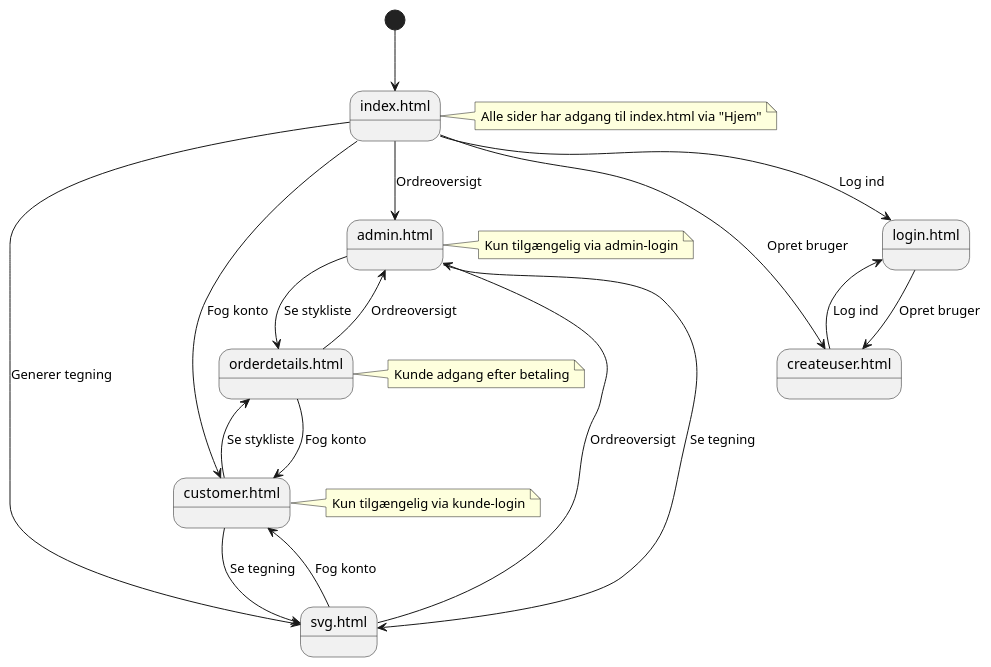
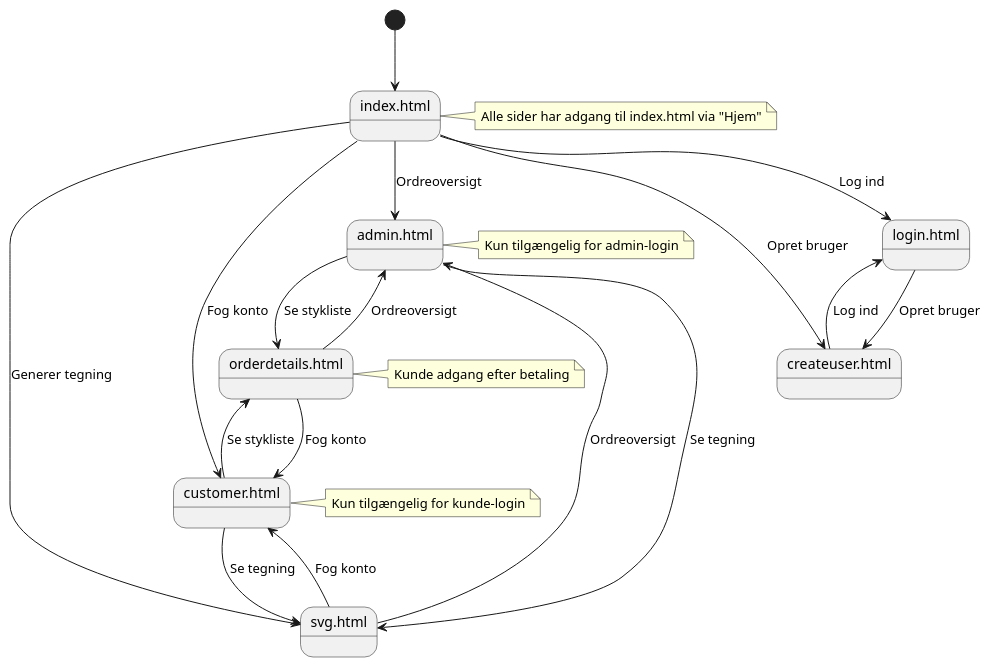
One commit to Mikkel-ao/Carport changed the diagram in docs/navigation_diagram2.puml. Above: the diagram before and after it, drawn with PlantUML.

Commit message:
diagrams ready for commit

```diff
--- a/docs/navigation_diagram2.puml
+++ b/docs/navigation_diagram2.puml
@@ -1,59 +1,59 @@
 @startuml
 
 ' Initial state
 [*] --> Index
 
 ' States
 state "index.html" as Index
 state "login.html" as Login
 state "createuser.html" as Opret
 state "admin.html" as Admin
 state "customer.html" as Customer
 state "svg.html" as SVG
 state "orderdetails.html" as OrderDetails
 
 ' Navigation fra Index
 Index --> Login : Log ind
 Index --> Opret : Opret bruger
 Index --> Admin : Ordreoversigt
 Index --> Customer : Fog konto
 Index --> SVG : Generer tegning
 
 ' Login og opret bruger
 Login --> Opret : Opret bruger
 Opret --> Login : Log ind
 
 ' Admin navigation
 Admin --> SVG : Se tegning
 Admin --> OrderDetails : Se stykliste
 
 ' Customer navigation
 Customer --> SVG : Se tegning
 Customer --> OrderDetails : Se stykliste
 
 ' SVG navigation
 SVG --> Customer : Fog konto
 SVG --> Admin : Ordreoversigt
 
 ' OrderDetails navigation
 OrderDetails --> Admin : Ordreoversigt
 OrderDetails --> Customer : Fog konto
 
 ' Noter
 note right of Index
   Alle sider har adgang til index.html via "Hjem"
 end note
 
 note right of Admin
-  Kun tilgængelig via admin-login
+  Kun tilgængelig for admin-login
 end note
 
 note right of Customer
-  Kun tilgængelig via kunde-login
+  Kun tilgængelig for kunde-login
 end note
 
 note right of OrderDetails
   Kunde adgang efter betaling
 end note
 
 @enduml
```
